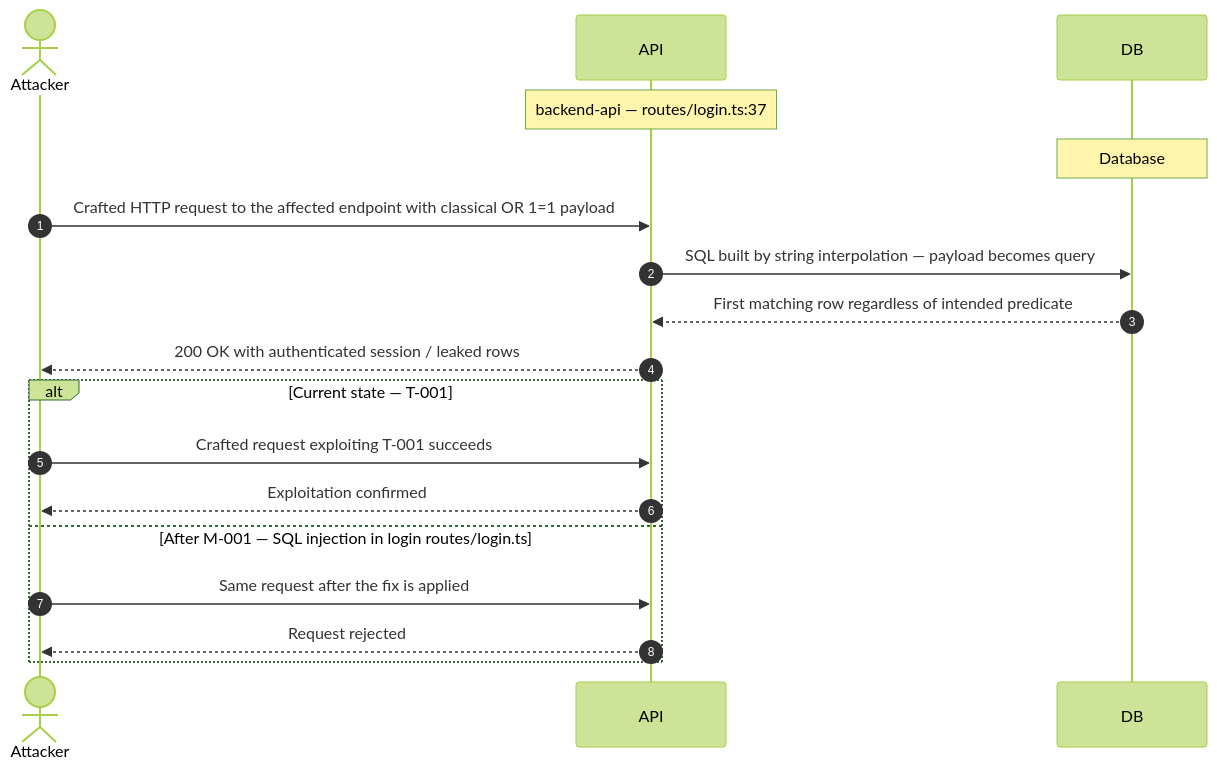
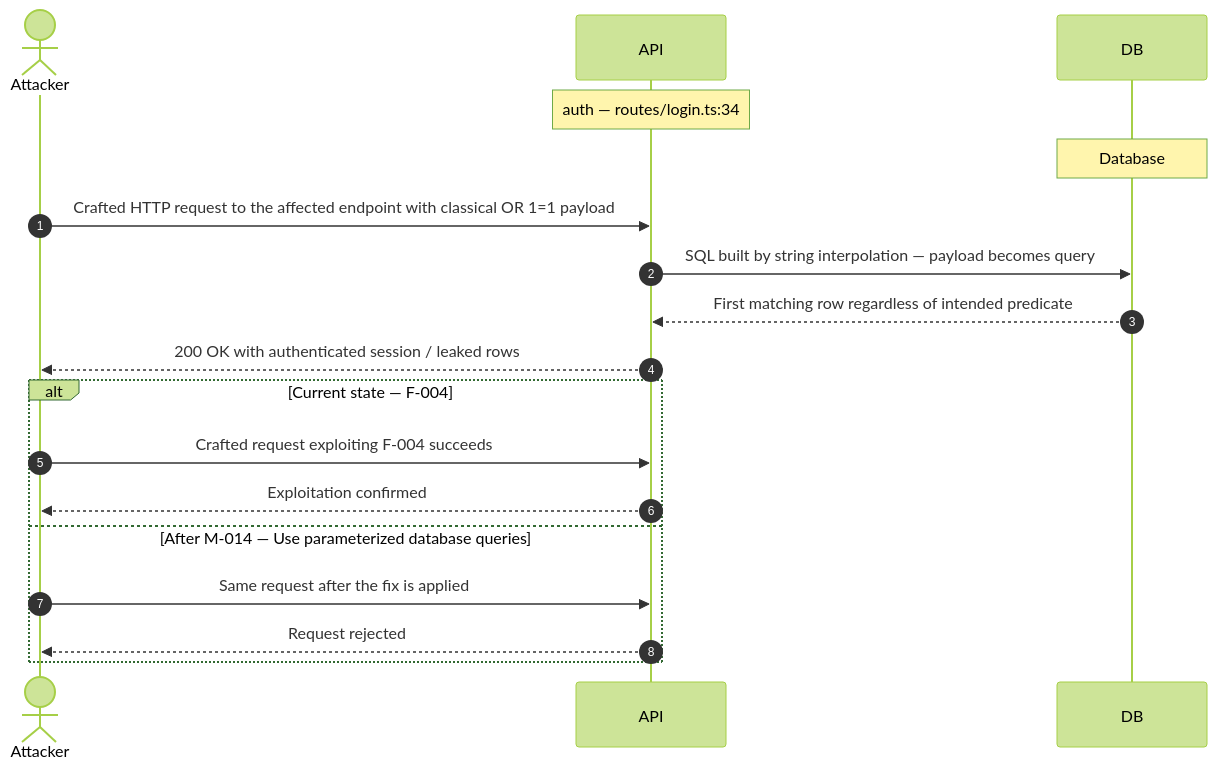
The second of 12 diagrams in tests/fixtures/e2e/_repair-run/.fragments/_chain-skeleton.md (appsec-foundry/appsec-advisor), drawn with Mermaid (forest theme) before and after one commit. The commit also changed other lines of this file and 184 other files, not shown here.

````diff
--- a/tests/fixtures/e2e/_repair-run/.fragments/_chain-skeleton.md
+++ b/tests/fixtures/e2e/_repair-run/.fragments/_chain-skeleton.md
@@ -19,20 +57,20 @@
 ```mermaid
 sequenceDiagram
     autonumber
     actor Attacker
     participant API
     participant DB
-    Note over API: backend-api — routes/login.ts:37
+    Note over API: auth — routes/login.ts:34
     Note over DB: Database
     Attacker->>API: Crafted HTTP request to the affected endpoint with classical OR 1=1 payload
     API->>DB: SQL built by string interpolation — payload becomes query
     DB-->>API: First matching row regardless of intended predicate
     API-->>Attacker: 200 OK with authenticated session / leaked rows
-    alt Current state — T-001
-        Attacker->>API: Crafted request exploiting T-001 succeeds
+    alt Current state — F-004
+        Attacker->>API: Crafted request exploiting F-004 succeeds
         API-->>Attacker: Exploitation confirmed
-    else After M-001 — SQL injection in login routes/login.ts
+    else After M-014 — Use parameterized database queries
         Attacker->>API: Same request after the fix is applied
         API-->>Attacker: Request rejected
     end
 ```
````
